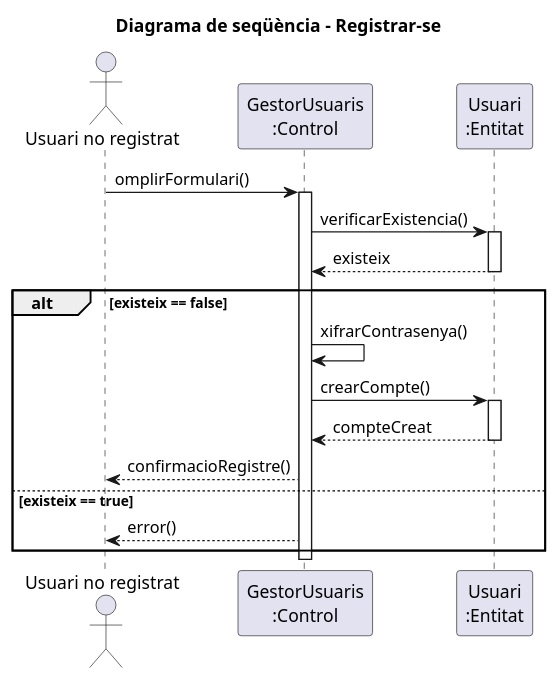
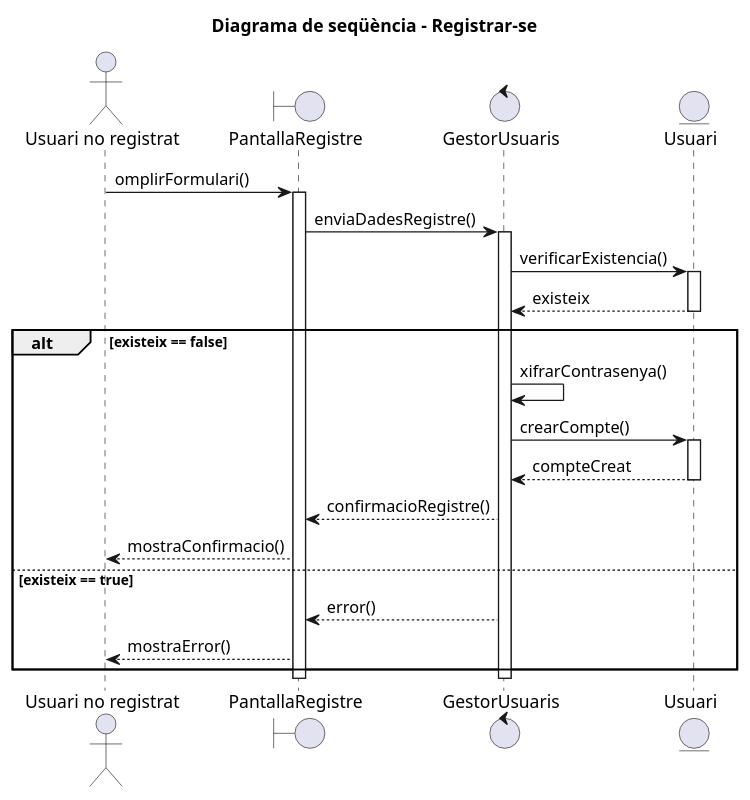
The diagram in diagrames/sequencia/casos/visitant/registrar-se.puml (enricalv03/ES23UAB-411-08), drawn with PlantUML before and after one commit.

```diff
--- a/diagrames/sequencia/casos/visitant/registrar-se.puml
+++ b/diagrames/sequencia/casos/visitant/registrar-se.puml
@@ -1,29 +1,36 @@
 @startuml
 title Diagrama de seqüència - Registrar-se
 
 actor "Usuari no registrat" as Usuari
 
-participant "GestorUsuaris\n:Control" as Gestor
-participant "Usuari\n:Entitat" as UsuariDB
+boundary "PantallaRegistre" as Pantalla
+control "GestorUsuaris" as Gestor
+entity "Usuari" as UsuariDB
 
-Usuari -> Gestor: omplirFormulari()
+Usuari -> Pantalla: omplirFormulari()
+activate Pantalla
+
+Pantalla -> Gestor: enviaDadesRegistre()
 activate Gestor
 
 Gestor -> UsuariDB: verificarExistencia()
 activate UsuariDB
 UsuariDB --> Gestor: existeix
 deactivate UsuariDB
 
 alt existeix == false
     Gestor -> Gestor: xifrarContrasenya()
     Gestor -> UsuariDB: crearCompte()
     activate UsuariDB
     UsuariDB --> Gestor: compteCreat
     deactivate UsuariDB
-    Gestor --> Usuari: confirmacioRegistre()
+    Gestor --> Pantalla: confirmacioRegistre()
+    Pantalla --> Usuari: mostraConfirmacio()
 else existeix == true
-    Gestor --> Usuari: error()
+    Gestor --> Pantalla: error()
+    Pantalla --> Usuari: mostraError()
 end
 
 deactivate Gestor
+deactivate Pantalla
 @enduml
```
